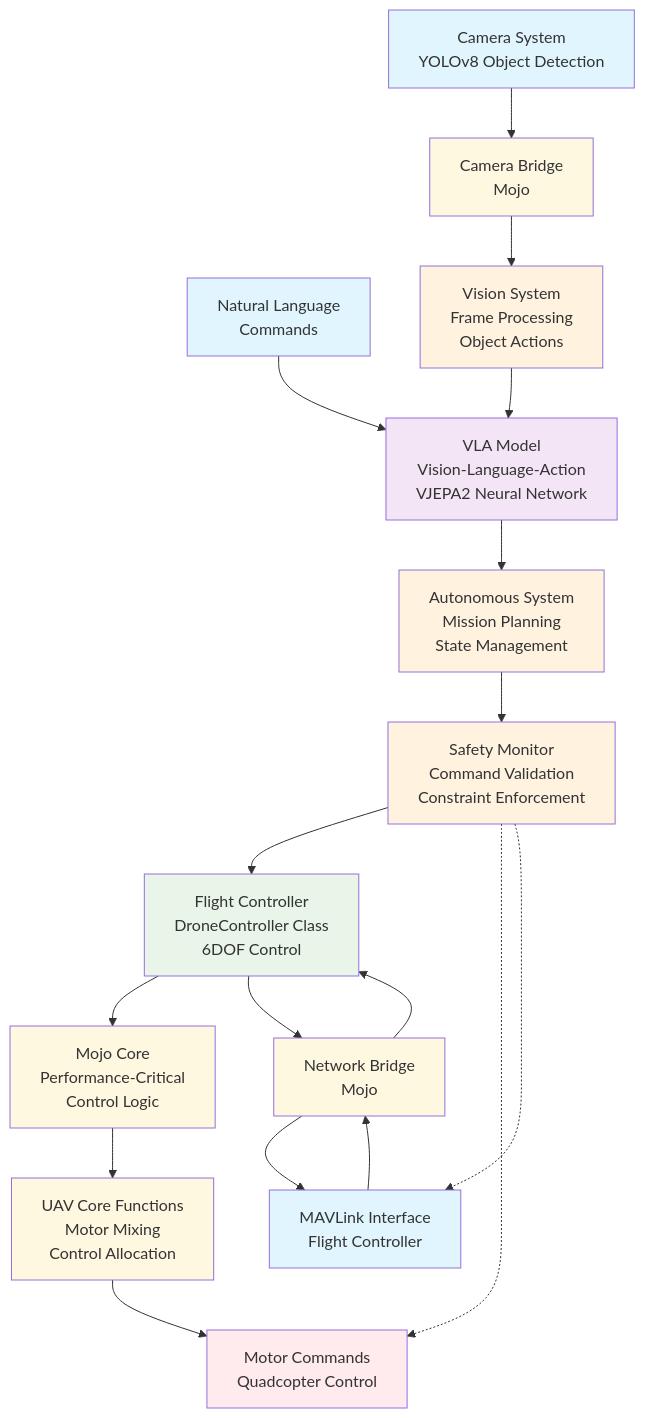
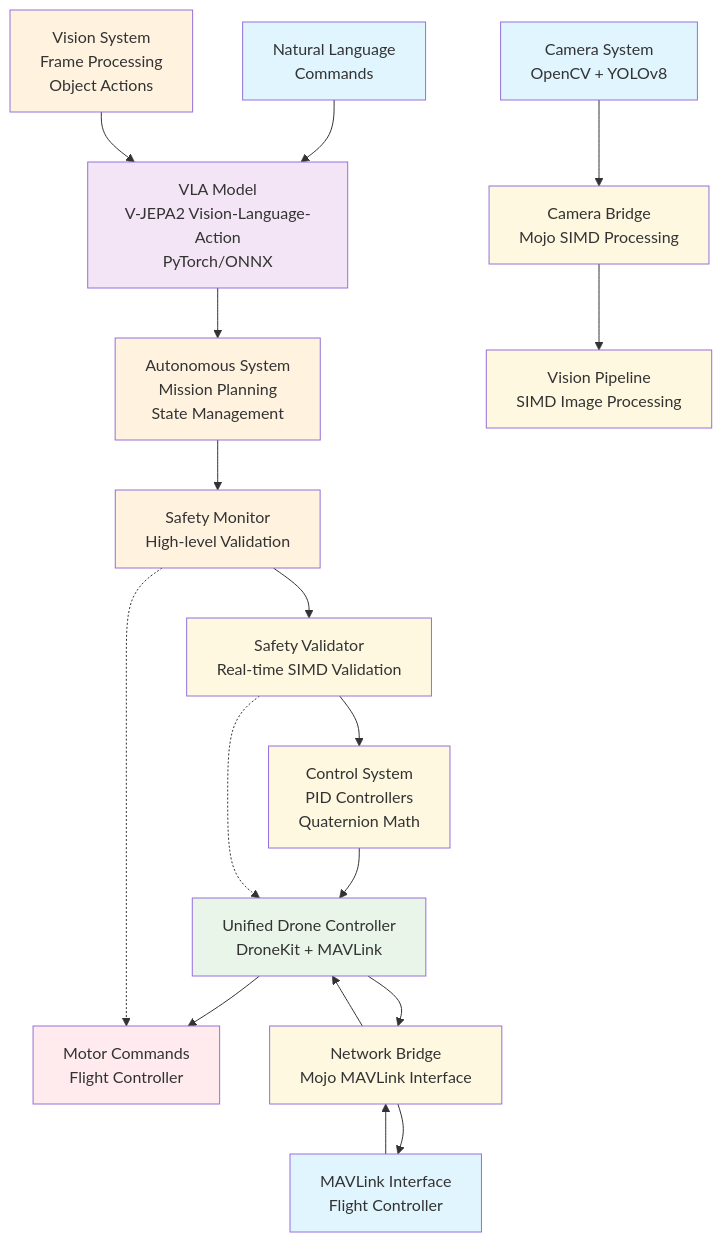
Before and after one commit to yeager620/IAV: the first of 3 diagrams in README.md, drawn with Mermaid. The commit also changed other lines of this file and 24 other files, not shown here.

````diff
--- a/README.md
+++ b/README.md
@@ -33,63 +22,67 @@
 ```mermaid
 flowchart TD
-    %% Input Layer
-    CAM[Camera System<br/>YOLOv8 Object Detection]
+    %% Input Layer (Python)
+    CAM[Camera System<br/>OpenCV + YOLOv8]
     CMD[Natural Language<br/>Commands]
     MAV[MAVLink Interface<br/>Flight Controller]
     
-    %% AI/ML Layer
-    VLA[VLA Model<br/>Vision-Language-Action<br/>VJEPA2 Neural Network]
+    %% AI/ML Layer (Python)
+    VLA[VLA Model<br/>V-JEPA2 Vision-Language-Action<br/>PyTorch/ONNX]
     
-    %% Processing Layer
+    %% Processing Layer (Python Orchestration)
     VISION[Vision System<br/>Frame Processing<br/>Object Actions]
-    SAFETY[Safety Monitor<br/>Command Validation<br/>Constraint Enforcement]
+    SAFETY_PY[Safety Monitor<br/>High-level Validation]
     AUTON[Autonomous System<br/>Mission Planning<br/>State Management]
     
-    %% Control Layer
-    CTRL[Flight Controller<br/>DroneController Class<br/>6DOF Control]
-    MOJO_CORE[Mojo Core<br/>Performance-Critical<br/>Control Logic]
-    MOJO_UAV[UAV Core Functions<br/>Motor Mixing<br/>Control Allocation]
+    %% Performance Layer (Mojo)
+    SAFETY_MOJO[Safety Validator<br/>Real-time SIMD Validation]
+    CTRL_MOJO[Control System<br/>PID Controllers<br/>Quaternion Math]
+    VISION_MOJO[Vision Pipeline<br/>SIMD Image Processing]
     
-    %% Output Layer
-    MOTORS[Motor Commands<br/>Quadcopter Control]
+    %% Hardware Interface (Python)
+    UNIFIED[Unified Drone Controller<br/>DroneKit + MAVLink]
+    MOTORS[Motor Commands<br/>Flight Controller]
     
-    %% High-Performance Bridges
-    CAM_BRIDGE[Camera Bridge<br/>Mojo]
-    NET_BRIDGE[Network Bridge<br/>Mojo]
+    %% High-Performance Bridges (Mojo)
+    CAM_BRIDGE[Camera Bridge<br/>Mojo SIMD Processing]
+    NET_BRIDGE[Network Bridge<br/>Mojo MAVLink Interface]
     
-    %% Data Flow
+    %% Data Flow - Input Processing
     CAM --> CAM_BRIDGE
-    CAM_BRIDGE --> VISION
+    CAM_BRIDGE --> VISION_MOJO
     CMD --> VLA
     VISION --> VLA
     VLA --> AUTON
-    AUTON --> SAFETY
-    SAFETY --> CTRL
-    CTRL --> MOJO_CORE
-    MOJO_CORE --> MOJO_UAV
-    MOJO_UAV --> MOTORS
     
+    %% Data Flow - Safety and Control
+    AUTON --> SAFETY_PY
+    SAFETY_PY --> SAFETY_MOJO
+    SAFETY_MOJO --> CTRL_MOJO
+    CTRL_MOJO --> UNIFIED
+    UNIFIED --> MOTORS
+    
+    %% Data Flow - Telemetry
     MAV --> NET_BRIDGE
-    NET_BRIDGE --> CTRL
-    CTRL --> NET_BRIDGE
+    NET_BRIDGE --> UNIFIED
+    UNIFIED --> NET_BRIDGE
     NET_BRIDGE --> MAV
     
-    %% Safety Override
-    SAFETY -.-> MOTORS
-    SAFETY -.-> MAV
+    %% Safety Override Paths
+    SAFETY_MOJO -.-> UNIFIED
+    SAFETY_PY -.-> MOTORS
     
     %% Styling
     classDef input fill:#e1f5fe
     classDef ai fill:#f3e5f5
     classDef processing fill:#fff3e0
     classDef control fill:#e8f5e8
     classDef output fill:#ffebee
     classDef mojo fill:#fff8e1
     
     class CAM,CMD,MAV input
     class VLA ai
-    class VISION,SAFETY,AUTON processing
-    class CTRL control
+    class VISION,SAFETY_PY,AUTON processing
+    class UNIFIED control
     class MOTORS output
-    class MOJO_CORE,MOJO_UAV,CAM_BRIDGE,NET_BRIDGE mojo
+    class SAFETY_MOJO,CTRL_MOJO,VISION_MOJO,CAM_BRIDGE,NET_BRIDGE mojo
 ```
````
